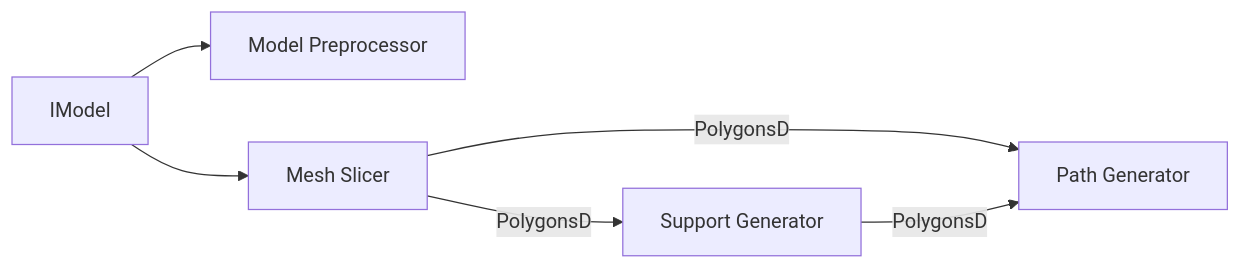
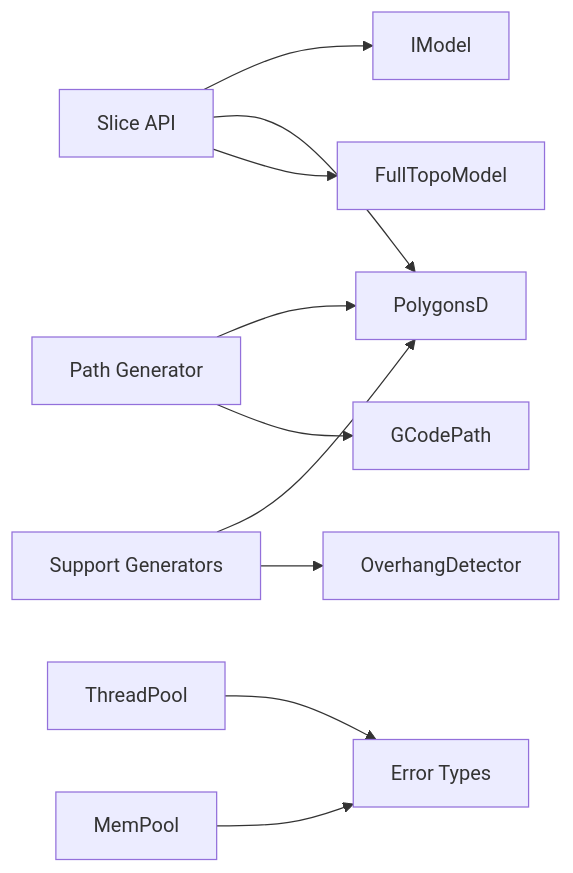
Before and after one commit to hsmbanlance/HsBaSlicer: the seventh of 8 diagrams in .qoder/repowiki/en/content/API Reference/C++ Library API/C++ Library API.md, drawn with Mermaid. The commit also changed other lines of this file and 1135 other files, not shown here.

````diff
--- a/.qoder/repowiki/en/content/API Reference/C++ Library API/C++ Library API.md
+++ b/.qoder/repowiki/en/content/API Reference/C++ Library API/C++ Library API.md
@@ -264,8 +354,12 @@
 ```mermaid
 graph LR
-IM["IModel"] --> PP["Model Preprocessor"]
-IM --> SL["Mesh Slicer"]
-SL --> |PolygonsD| SP["Support Generator"]
-SL --> |PolygonsD| PG["Path Generator"]
-SP --> |PolygonsD| PG
+SliceAPI["Slice API"] --> IModel["IModel"]
+SliceAPI --> Polygons["PolygonsD"]
+SliceAPI --> Topo["FullTopoModel"]
+PathGen["Path Generator"] --> Polygons
+PathGen --> GCodePath["GCodePath"]
+SupportNS["Support Generators"] --> Polygons
+SupportNS --> Overhang["OverhangDetector"]
+ThreadPool --> Errors["Error Types"]
+MemPool --> Errors
 ```
````
